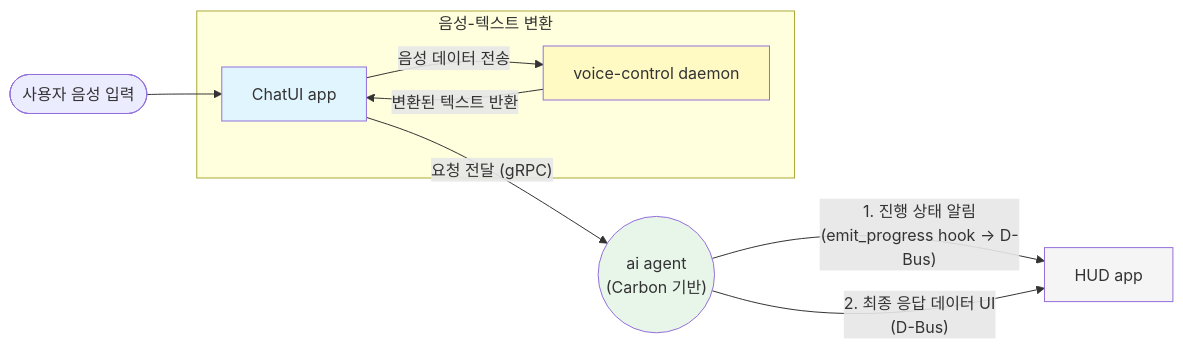
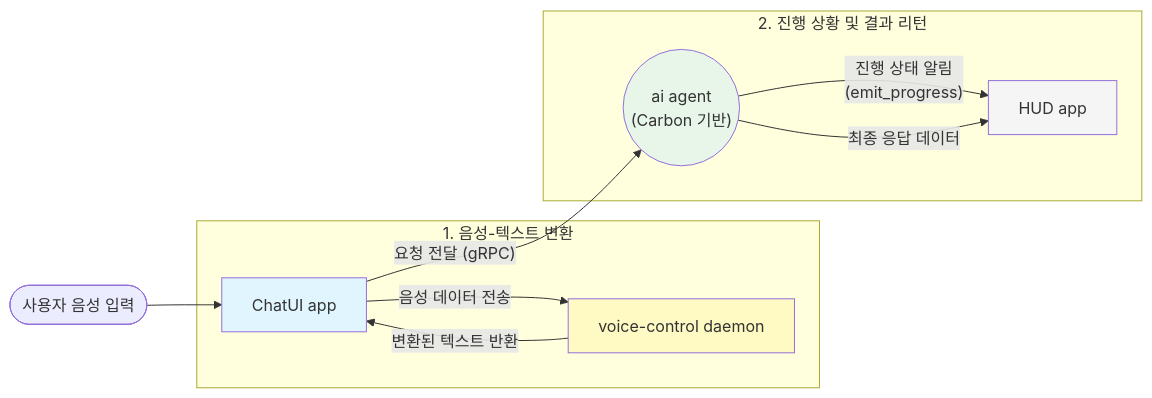
The diagram in docs/ai_voice_assistant_design.md (shyunMin/tizen-chat), drawn with Mermaid before and after one commit.

````diff
--- a/docs/ai_voice_assistant_design.md
+++ b/docs/ai_voice_assistant_design.md
@@ -7,23 +7,25 @@
 ```mermaid
 graph LR
     User(["사용자 음성 입력"]) --> ChatUI["ChatUI app"]
     
-    subgraph STT_Process [음성-텍스트 변환]
+    subgraph STT_Process [1. 음성-텍스트 변환]
         ChatUI -- "음성 데이터 전송" --> VCD["voice-control daemon"]
         VCD -- "변환된 텍스트 반환" --> ChatUI
     end
-    
-    ChatUI -- "요청 전달 (gRPC)" --> Agent(("ai agent\n(Carbon 기반)"))
-    Agent -- "1. 진행 상태 알림\n(emit_progress hook -> D-Bus)" --> HUD["HUD app"]
-    Agent -- "2. 최종 응답 데이터 UI\n(D-Bus)" --> HUD
+
+    subgraph AI_Progress [2. 진행 상황 및 결과 리턴]
+        ChatUI -- "요청 전달 (gRPC)" --> Agent(("ai agent\n(Carbon 기반)"))
+        Agent -- "진행 상태 알림\n(emit_progress)" --> HUD["HUD app"]
+        Agent -- "최종 응답 데이터" --> HUD
+    end
     
     classDef app fill:#e1f5fe;
     classDef agent fill:#e8f5e9;
     classDef daemon fill:#fff9c4;
     classDef outscope fill:#f5f5f5;
     
     class ChatUI app;
     class Agent agent;
     class VCD daemon;
     class HUD outscope;
 ```
````
